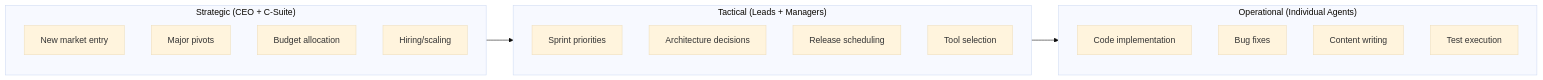
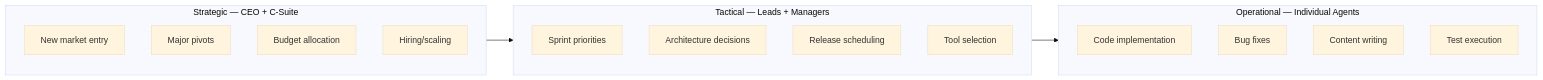
One commit to subzone/my-it-crew changed the second of 11 diagrams in plan.md. Above: the diagram before and after it, drawn with Mermaid (base theme). The commit also changed other lines of this file, not shown here.

Commit message:
fix: resolve Mermaid parse errors — use quoted labels instead of angle brackets and parentheses

````diff
--- a/plan.md
+++ b/plan.md
@@ -95,28 +95,28 @@
 ```mermaid
 flowchart LR
-    subgraph Strategic["Strategic (CEO + C-Suite)"]
+    subgraph Strategic["Strategic — CEO + C-Suite"]
         direction TB
-        S1[New market entry]
-        S2[Major pivots]
-        S3[Budget allocation]
-        S4[Hiring/scaling]
+        S1["New market entry"]
+        S2["Major pivots"]
+        S3["Budget allocation"]
+        S4["Hiring/scaling"]
     end
     
-    subgraph Tactical["Tactical (Leads + Managers)"]
+    subgraph Tactical["Tactical — Leads + Managers"]
         direction TB
-        T1[Sprint priorities]
-        T2[Architecture decisions]
-        T3[Release scheduling]
-        T4[Tool selection]
+        T1["Sprint priorities"]
+        T2["Architecture decisions"]
+        T3["Release scheduling"]
+        T4["Tool selection"]
     end
     
-    subgraph Operational["Operational (Individual Agents)"]
+    subgraph Operational["Operational — Individual Agents"]
         direction TB
-        O1[Code implementation]
-        O2[Bug fixes]
-        O3[Content writing]
-        O4[Test execution]
+        O1["Code implementation"]
+        O2["Bug fixes"]
+        O3["Content writing"]
+        O4["Test execution"]
     end
     
     Strategic --> Tactical --> Operational
 ```
````
